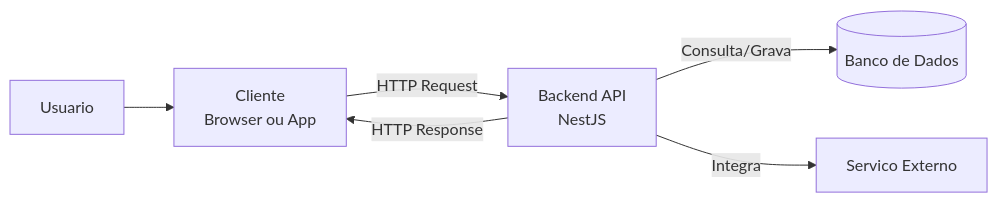
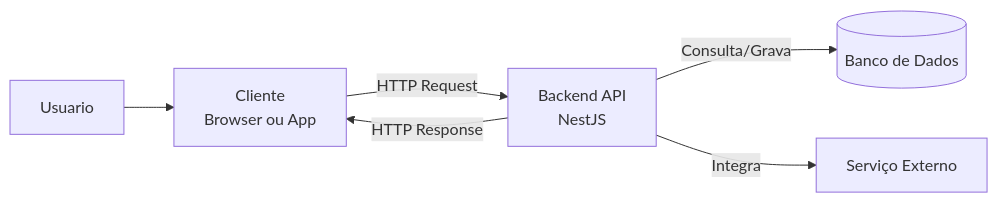
One commit to luciano-alexandre/desen-web-backend changed the first of 3 diagrams in docs/encontros/encontro-01.md. Above: the diagram before and after it, drawn with Mermaid. The commit also changed other lines of this file and 3 other files, not shown here.

````diff
--- a/docs/encontros/encontro-01.md
+++ b/docs/encontros/encontro-01.md
@@ -115,8 +115,8 @@
 ```mermaid
 flowchart LR
     U[Usuario] --> C[Cliente<br/>Browser ou App]
     C -->|HTTP Request| B[Backend API<br/>NestJS]
     B -->|Consulta/Grava| D[(Banco de Dados)]
-    B -->|Integra| E[Servico Externo]
+    B -->|Integra| E[Serviço Externo]
     B -->|HTTP Response| C
 ```
````
